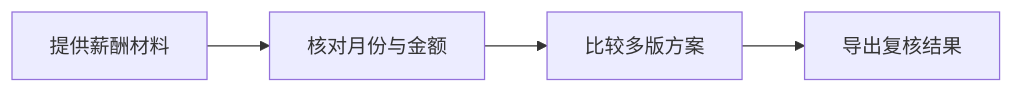
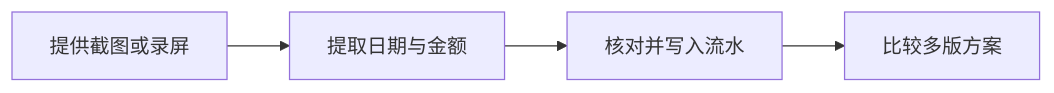
Before and after one commit to sindrewisabella/isabella-ai-workbench: the diagram in cases/salary/flow.mmd, drawn with Mermaid. The commit also changed 469 other files, not shown here.

```diff
--- a/cases/salary/flow.mmd
+++ b/cases/salary/flow.mmd
@@ -1,6 +1,6 @@
 flowchart LR
-  n0["提供薪酬材料"]
-  n1["核对月份与金额"]
-  n2["比较多版方案"]
-  n3["导出复核结果"]
+  n0["提供截图或录屏"]
+  n1["提取日期与金额"]
+  n2["核对并写入流水"]
+  n3["比较多版方案"]
   n0 --> n1 --> n2 --> n3
```
